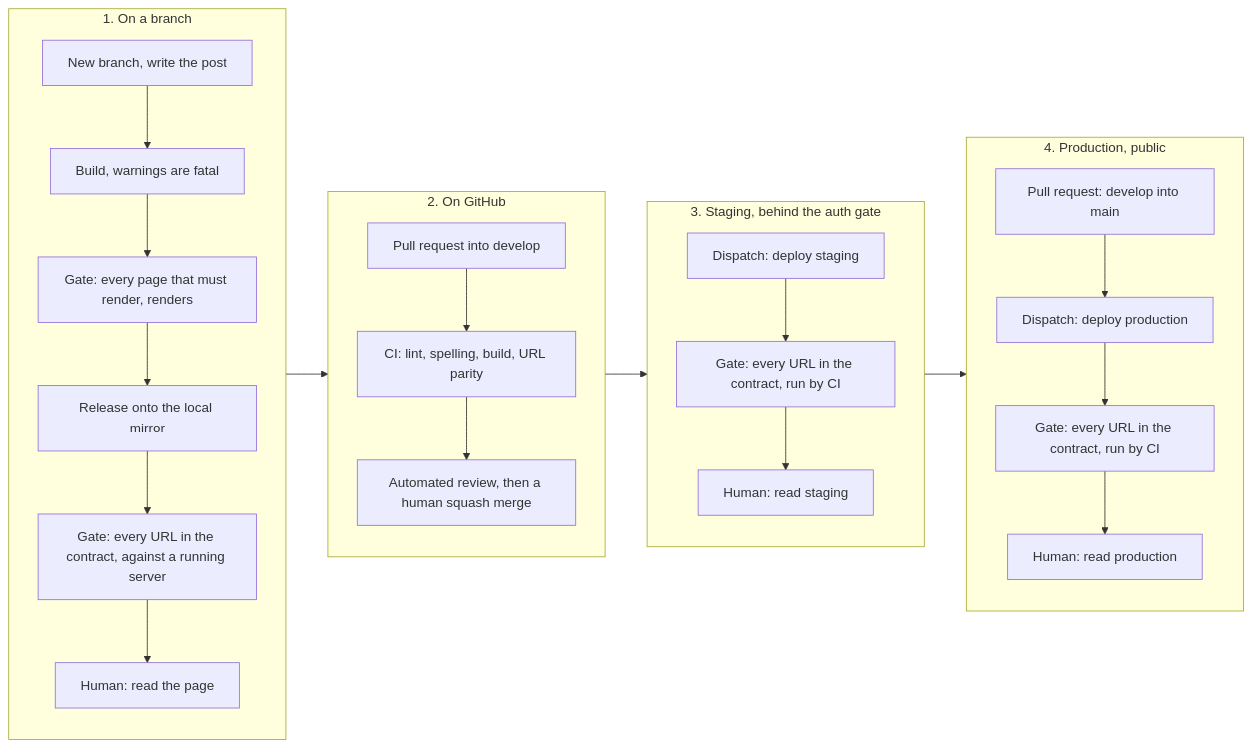
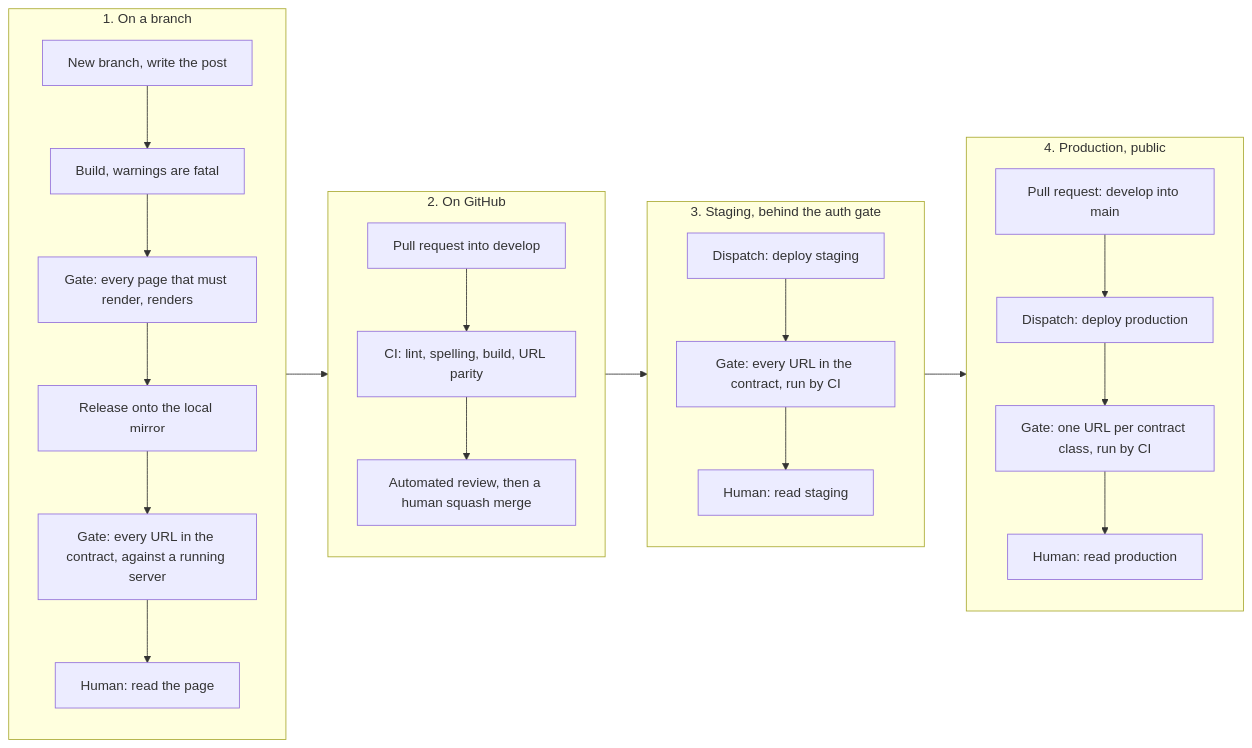
The first of 3 diagrams in README.md (ptr727/Blog), drawn with Mermaid before and after one commit. The commit also changed other lines of this file and 4 other files, not shown here.

````diff
--- a/README.md
+++ b/README.md
@@ -82,34 +82,34 @@
 ```mermaid
 flowchart LR
   subgraph local["1. On a branch"]
     direction TB
     w["New branch, write the post"] --> b["Build, warnings are fatal"]
     b --> p["Gate: every page that must render, renders"]
     p --> m["Release onto the local mirror"]
     m --> l["Gate: every URL in the contract, against a running server"]
     l --> e1["Human: read the page"]
   end
 
   subgraph gh["2. On GitHub"]
     direction TB
     pr["Pull request into develop"] --> ci["CI: lint, spelling, build, URL parity"]
     ci --> rv["Automated review, then a human squash merge"]
   end
 
   subgraph stg["3. Staging, behind the auth gate"]
     direction TB
     ds["Dispatch: deploy staging"] --> ls["Gate: every URL in the contract, run by CI"]
     ls --> e2["Human: read staging"]
   end
 
   subgraph prd["4. Production, public"]
     direction TB
     pm["Pull request: develop into main"] --> dp["Dispatch: deploy production"]
-    dp --> lp["Gate: every URL in the contract, run by CI"]
+    dp --> lp["Gate: one URL per contract class, run by CI"]
     lp --> e3["Human: read production"]
   end
 
   local --> gh
   gh --> stg
   stg --> prd
 ```
````
